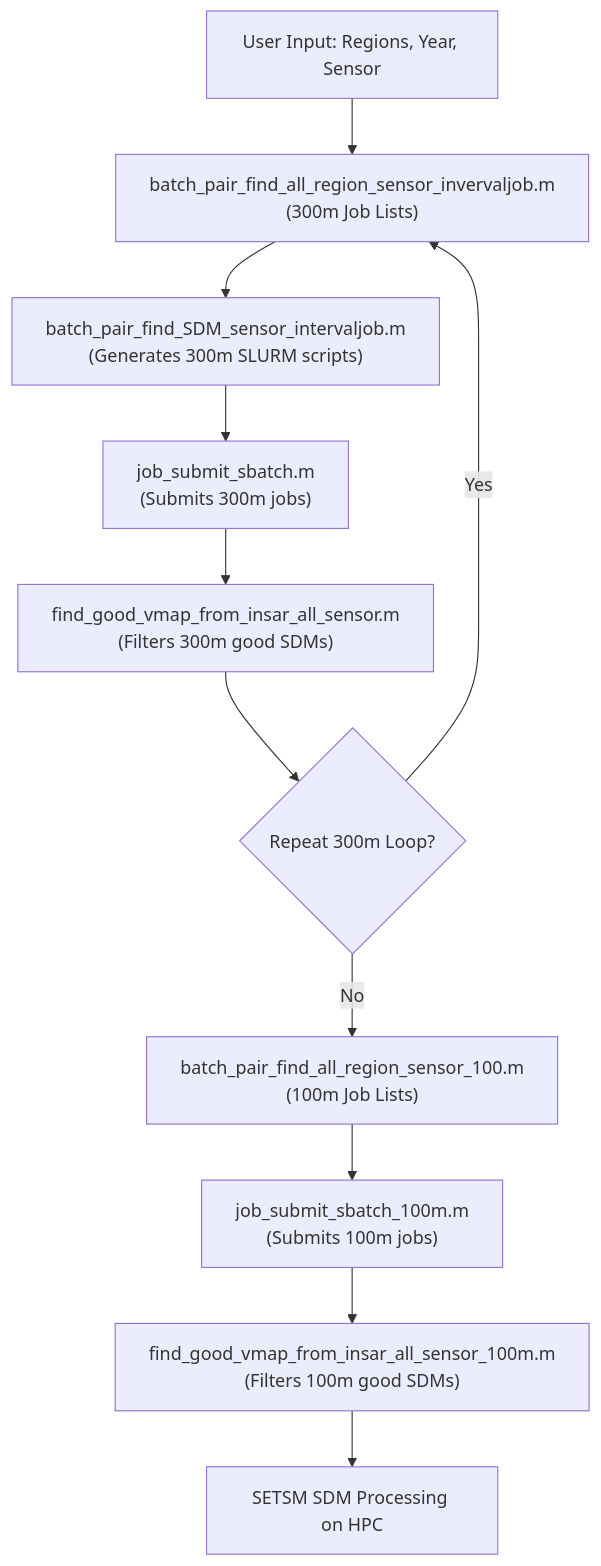
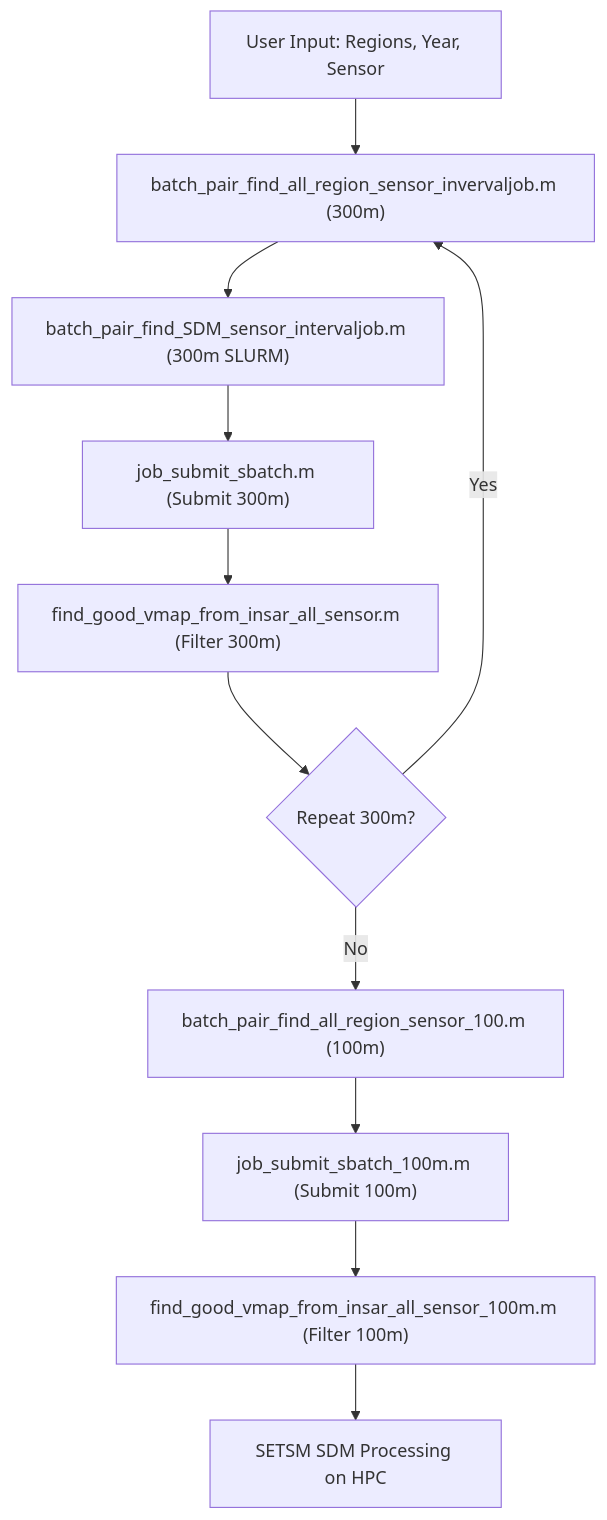
The diagram in docs/ARCHITECTURE.md (bidhya/2_velocity), drawn with Mermaid before and after one commit.

Commit message:
Simplify Mermaid diagram labels for GitHub compatibility
- Remove multi-line labels to avoid \n rendering issues
- Keep labels concise and informative

````diff
--- a/docs/ARCHITECTURE.md
+++ b/docs/ARCHITECTURE.md
@@ -3,13 +3,13 @@
 ```mermaid
 graph TD
-    A[User Input: Regions, Year, Sensor] --> B["batch_pair_find_all_region_sensor_invervaljob.m\n(300m Job Lists)"]
-    B --> C["batch_pair_find_SDM_sensor_intervaljob.m\n(Generates 300m SLURM scripts)"]
-    C --> D["job_submit_sbatch.m\n(Submits 300m jobs)"]
-    D --> E["find_good_vmap_from_insar_all_sensor.m\n(Filters 300m good SDMs)"]
-    E --> F{Repeat 300m Loop?}
+    A[User Input: Regions, Year, Sensor] --> B["batch_pair_find_all_region_sensor_invervaljob.m (300m)"]
+    B --> C["batch_pair_find_SDM_sensor_intervaljob.m (300m SLURM)"]
+    C --> D["job_submit_sbatch.m (Submit 300m)"]
+    D --> E["find_good_vmap_from_insar_all_sensor.m (Filter 300m)"]
+    E --> F{Repeat 300m?}
     F -->|Yes| B
-    F -->|No| G["batch_pair_find_all_region_sensor_100.m\n(100m Job Lists)"]
-    G --> H["job_submit_sbatch_100m.m\n(Submits 100m jobs)"]
-    H --> I["find_good_vmap_from_insar_all_sensor_100m.m\n(Filters 100m good SDMs)"]
+    F -->|No| G["batch_pair_find_all_region_sensor_100.m (100m)"]
+    G --> H["job_submit_sbatch_100m.m (Submit 100m)"]
+    H --> I["find_good_vmap_from_insar_all_sensor_100m.m (Filter 100m)"]
     I --> J[SETSM SDM Processing on HPC]
 ```
````
